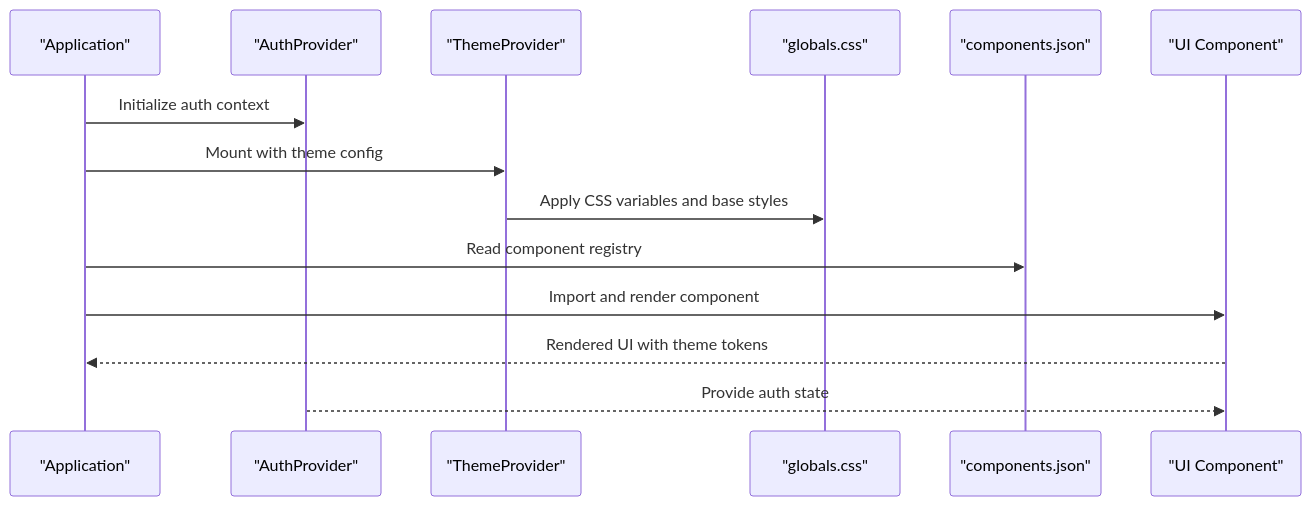
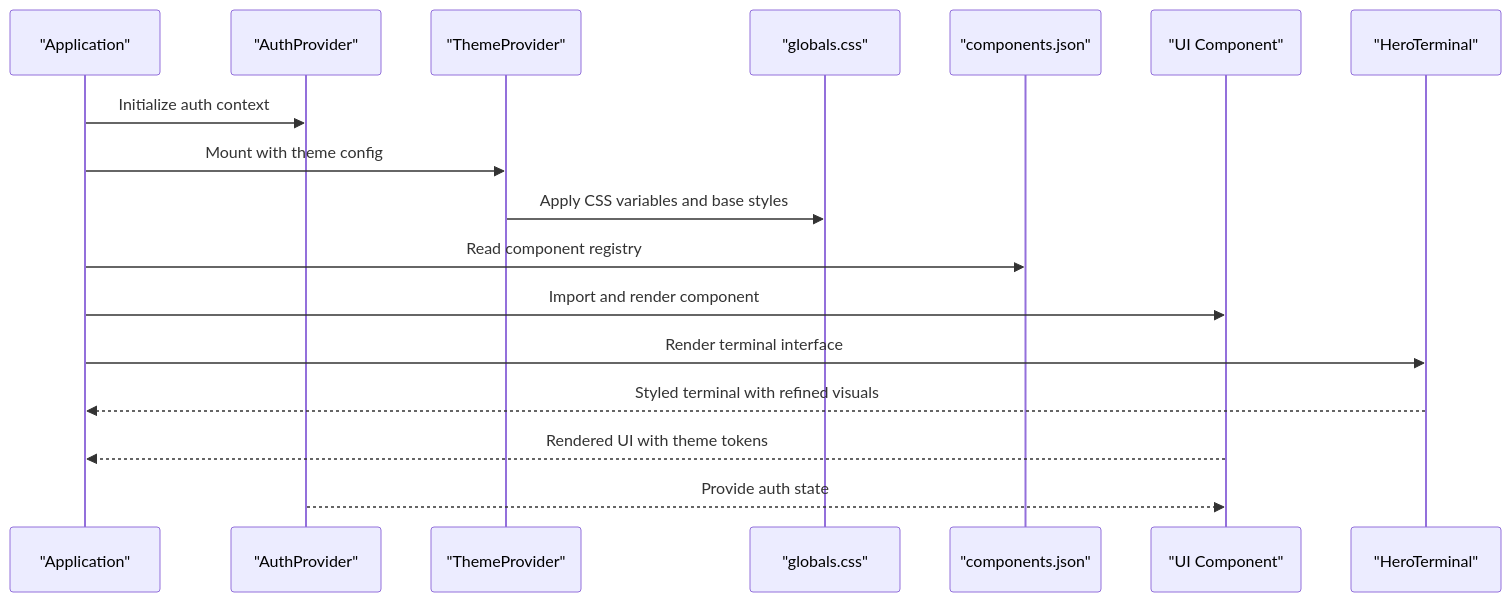
Before and after one commit to HassanAmeer/cheaprouter: the second of 11 diagrams in .qoder/repowiki/en/content/Frontend Architecture/Component Library/Component Library.md, drawn with Mermaid. The commit also changed other lines of this file and 10 other files, not shown here.

````diff
--- a/.qoder/repowiki/en/content/Frontend Architecture/Component Library/Component Library.md
+++ b/.qoder/repowiki/en/content/Frontend Architecture/Component Library/Component Library.md
@@ -211,16 +227,19 @@
 ```mermaid
 sequenceDiagram
 participant App as "Application"
 participant Auth as "AuthProvider"
 participant Provider as "ThemeProvider"
 participant Root as "globals.css"
 participant Config as "components.json"
 participant Comp as "UI Component"
+participant Hero as "HeroTerminal"
 App->>Auth : Initialize auth context
 App->>Provider : Mount with theme config
 Provider->>Root : Apply CSS variables and base styles
 App->>Config : Read component registry
 App->>Comp : Import and render component
+App->>Hero : Render terminal interface
+Hero-->>App : Styled terminal with refined visuals
 Comp-->>App : Rendered UI with theme tokens
 Auth-->>Comp : Provide auth state
 ```
````
